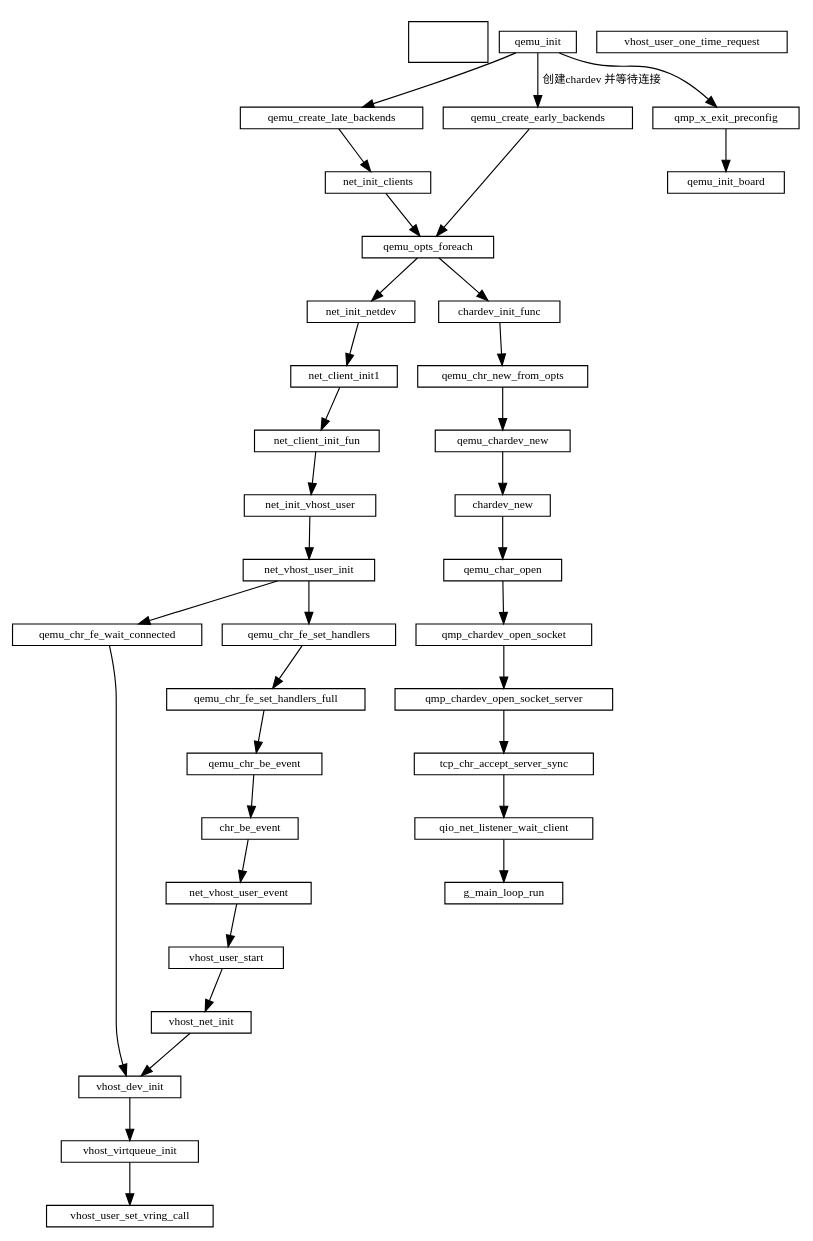
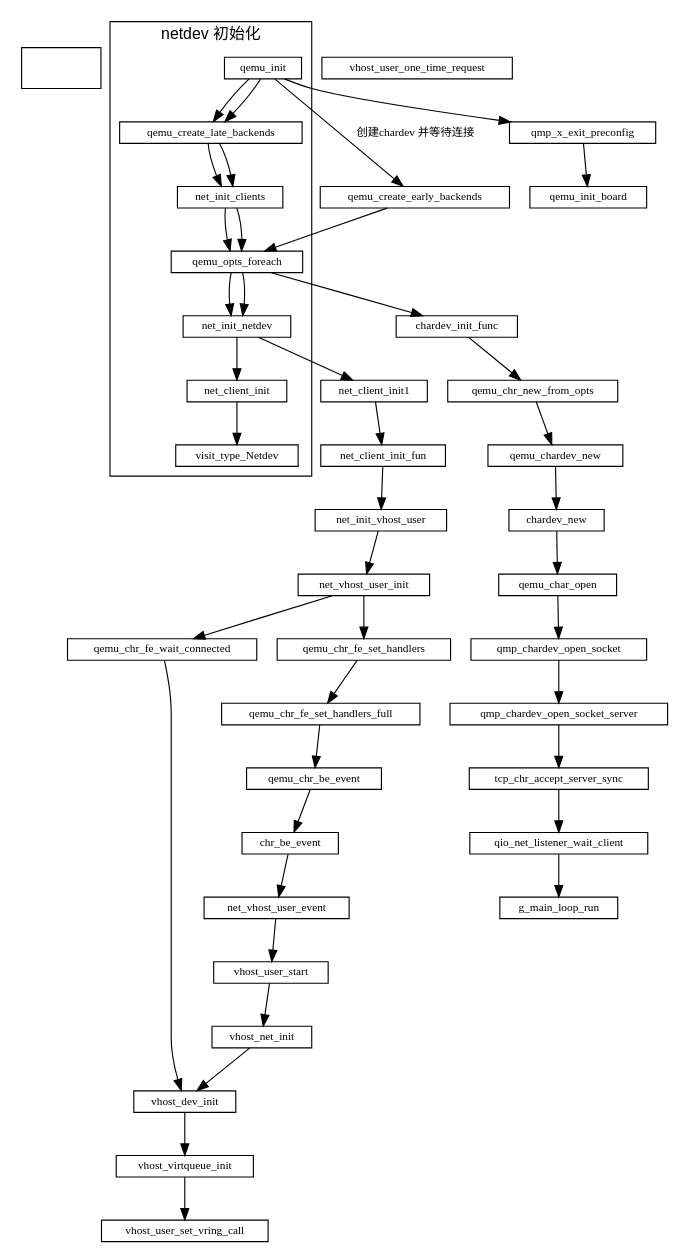
The diagram in qemu/qemu初始化.md (sisyphus1212/note), drawn with Graphviz before and after one commit.

Commit message:
auto_update

````diff
--- a/qemu/qemu初始化.md
+++ b/qemu/qemu初始化.md
@@ -11,58 +11,67 @@
 ```graphviz
 digraph {
     fontname="Helvetica,Arial,sans-serif"
     //node [fontname="Helvetica,Arial,sans-serif"]
     //edge [fontname="Helvetica,Arial,sans-serif"]
     //rankdir="LR"
     node [fontsize=10, shape=record, height=0.25]
     edge [fontsize=10]
 
     subgraph  {
         cluster=true
         fd  [style = invis]
     }
 
 
     qemu_init -> qemu_create_late_backends
               -> net_init_clients
               -> qemu_opts_foreach
               -> net_init_netdev
               -> net_client_init1
               -> net_client_init_fun
               -> net_init_vhost_user
               -> net_vhost_user_init
               -> qemu_chr_fe_wait_connected
               -> vhost_dev_init
 
     net_vhost_user_init -> qemu_chr_fe_set_handlers
                         -> qemu_chr_fe_set_handlers_full
                         -> qemu_chr_be_event
                         -> chr_be_event
                         -> net_vhost_user_event
                         -> vhost_user_start
                         -> vhost_net_init
                         -> vhost_dev_init
                         -> vhost_virtqueue_init
                         -> vhost_user_set_vring_call
 
     qemu_init -> qemu_create_early_backends[label="创建chardev 并等待连接"] qemu_create_early_backends -> qemu_opts_foreach
                       -> chardev_init_func
                       -> qemu_chr_new_from_opts
                       -> qemu_chardev_new
                       -> chardev_new
                       -> qemu_char_open
                       -> qmp_chardev_open_socket
                       -> qmp_chardev_open_socket_server
                       -> tcp_chr_accept_server_sync
                       -> qio_net_listener_wait_client
                       -> g_main_loop_run
-
+  subgraph netdev_init {
+    label="netdev 初始化";
+    cluster=true;
+    qemu_init -> qemu_create_late_backends
+              -> net_init_clients
+              -> qemu_opts_foreach
+              -> net_init_netdev
+              -> net_client_init
+              -> visit_type_Netdev
+  }
     qemu_init -> qmp_x_exit_preconfig -> qemu_init_board // 初始化cpu 内存
 
     vhost_dev_init
 
     net_vhost_user_event
 
     vhost_user_one_time_request
 }
 ```
````
